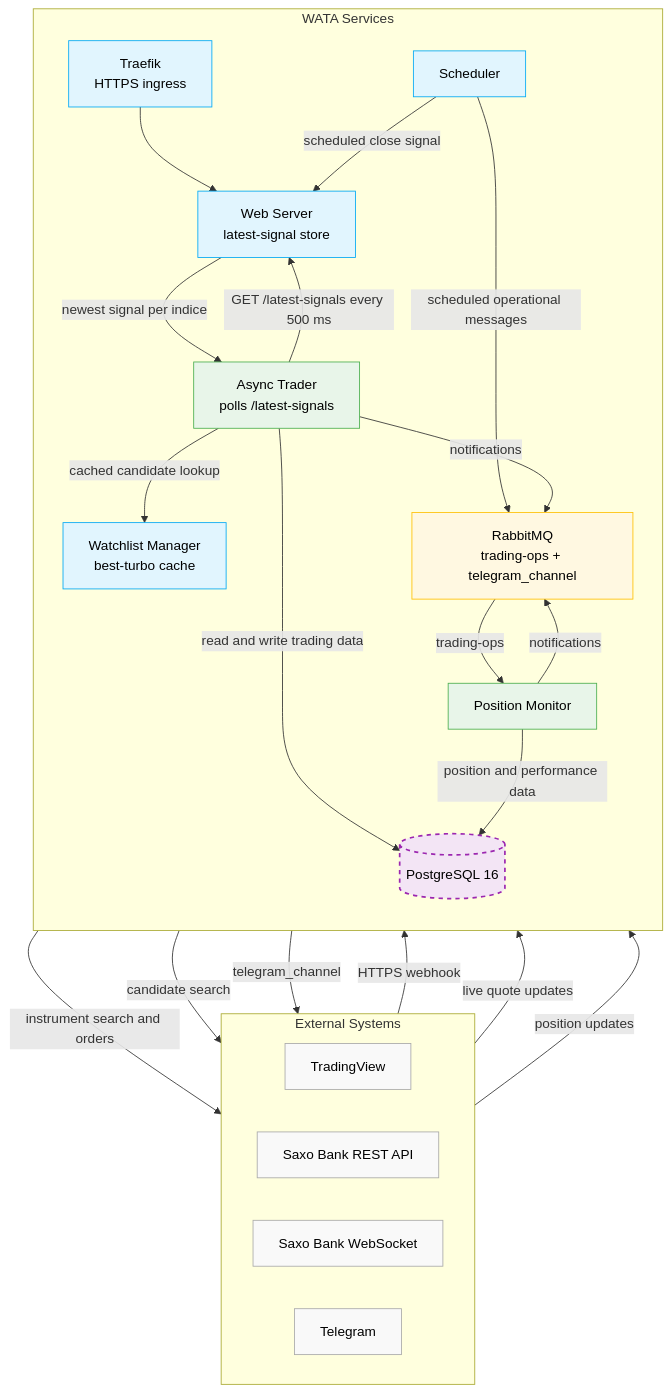
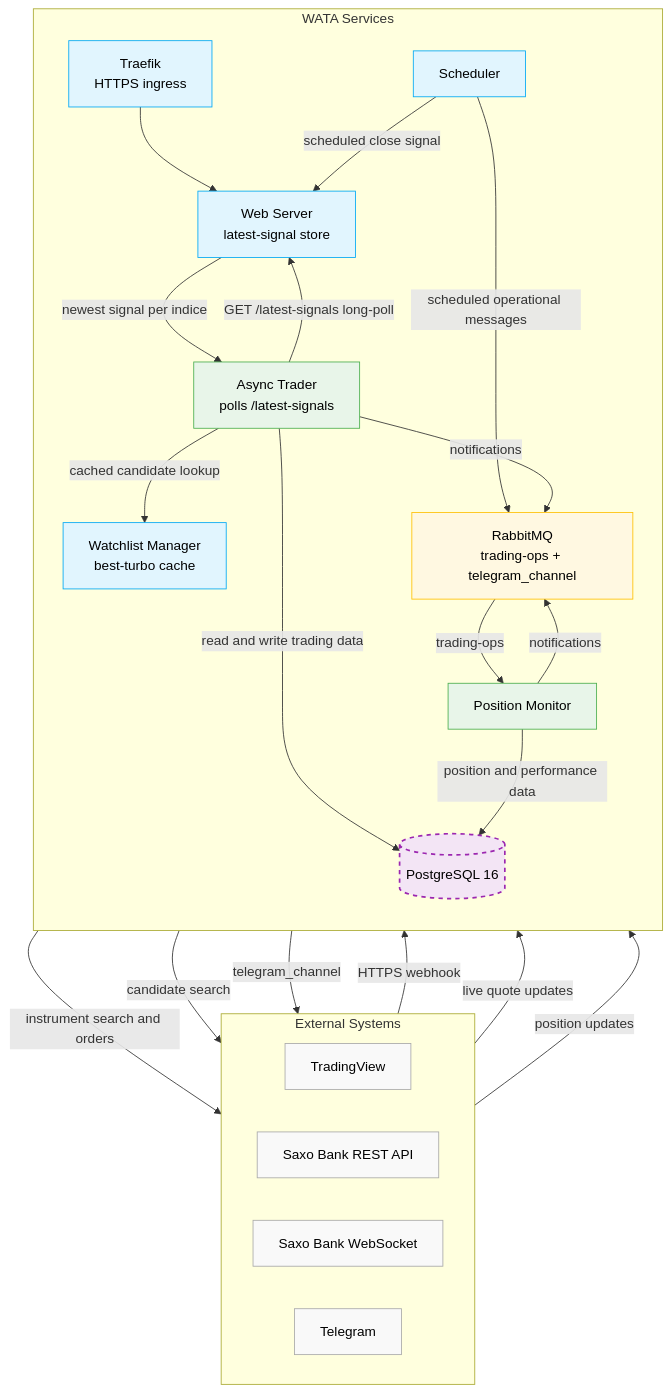
One commit to IOITI/WATA changed the diagram in README.md. Above: the diagram before and after it, drawn with Mermaid. The commit also changed other lines of this file and 5 other files, not shown here.

````diff
--- a/README.md
+++ b/README.md
@@ -79,50 +79,50 @@
 ```mermaid
 flowchart TD
     classDef external fill:#f9f9f9,stroke:#aaa,stroke-width:1px,color:#000
     classDef service fill:#e1f5fe,stroke:#03a9f4,stroke-width:1px,color:#000
     classDef execution fill:#e8f5e9,stroke:#4caf50,stroke-width:1px,color:#000
     classDef queue fill:#fff8e1,stroke:#ffc107,stroke-width:1px,color:#000
     classDef database fill:#f3e5f5,stroke:#9c27b0,stroke-width:2px,stroke-dasharray:5 5,color:#000
 
     subgraph ExtSys["External Systems"]
         direction LR
         TV["TradingView"]
         SaxoREST["Saxo Bank REST API"]
         SaxoWS["Saxo Bank WebSocket"]
         TG["Telegram"]
     end
 
     subgraph CoreSys["WATA Services"]
         direction TB
 
         Proxy["Traefik<br>HTTPS ingress"]:::service
         WS["Web Server<br>latest-signal store"]:::service
         TR["Async Trader<br>polls /latest-signals"]:::execution
         WM["Watchlist Manager<br>best-turbo cache"]:::service
         PM["Position Monitor"]:::execution
         SC["Scheduler"]:::service
         RMQ["RabbitMQ<br>trading-ops + telegram_channel"]:::queue
         DB[("PostgreSQL 16")]:::database
     end
 
     TV -->|HTTPS webhook| Proxy --> WS
-    TR -->|GET /latest-signals every 500 ms| WS
+    TR -->|GET /latest-signals long-poll| WS
     WS -->|newest signal per indice| TR
     TR -->|instrument search and orders| SaxoREST
     TR -->|read and write trading data| DB
     TR -->|cached candidate lookup| WM
     WM -->|candidate search| SaxoREST
     SaxoWS -->|live quote updates| WM
     SaxoWS -->|position updates| PM
     PM -->|position and performance data| DB
     SC -->|scheduled operational messages| RMQ
     RMQ -->|trading-ops| PM
     SC -->|scheduled close signal| WS
     TR -->|notifications| RMQ
     PM -->|notifications| RMQ
     RMQ -->|telegram_channel| TG
 
     class TV,SaxoREST,SaxoWS,TG external
     class Proxy,WS,WM,SC service
     class TR,PM execution
 ```
````
